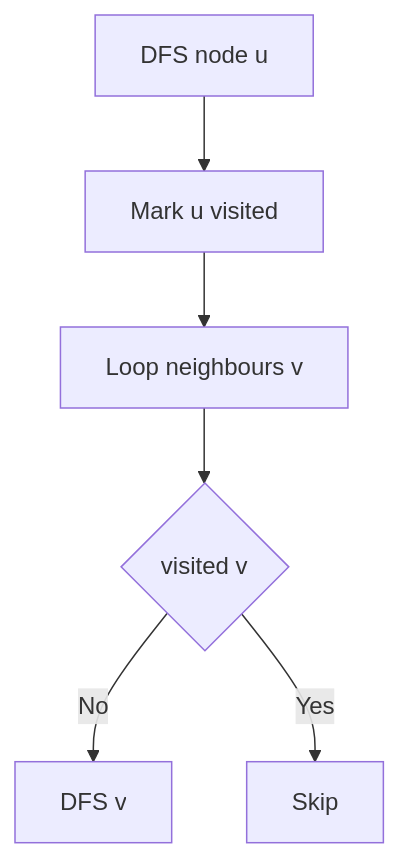
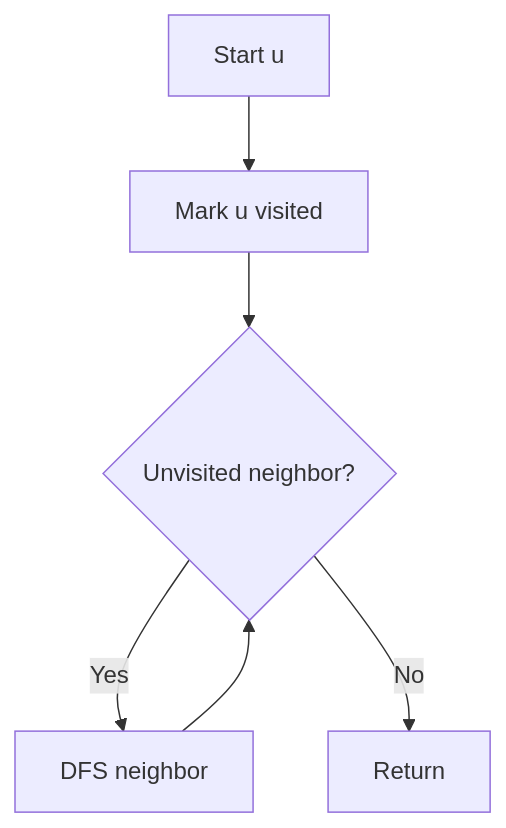
The eighth of 9 diagrams in CP_DSA_NOTES/001_TOPIC_WISE/007_GRAPH/007_GRAPH.md (mthaiseer/springcloud-systemdesign-notes), drawn with Mermaid before and after one commit. The commit also changed other lines of this file and 1 other file, not shown here.

````diff
--- a/CP_DSA_NOTES/001_TOPIC_WISE/007_GRAPH/007_GRAPH.md
+++ b/CP_DSA_NOTES/001_TOPIC_WISE/007_GRAPH/007_GRAPH.md
@@ -524,8 +358,8 @@
 ```mermaid
-flowchart TD
-    A[DFS node u] --> B[Mark u visited]
-    B --> C[Loop neighbours v]
-    C --> D{visited v}
-    D -->|No| E[DFS v]
-    D -->|Yes| F[Skip]
+graph TD
+    A[Start u] --> B[Mark u visited]
+    B --> C{Unvisited neighbor?}
+    C -->|Yes| D[DFS neighbor]
+    D --> C
+    C -->|No| E[Return]
 ```
````
